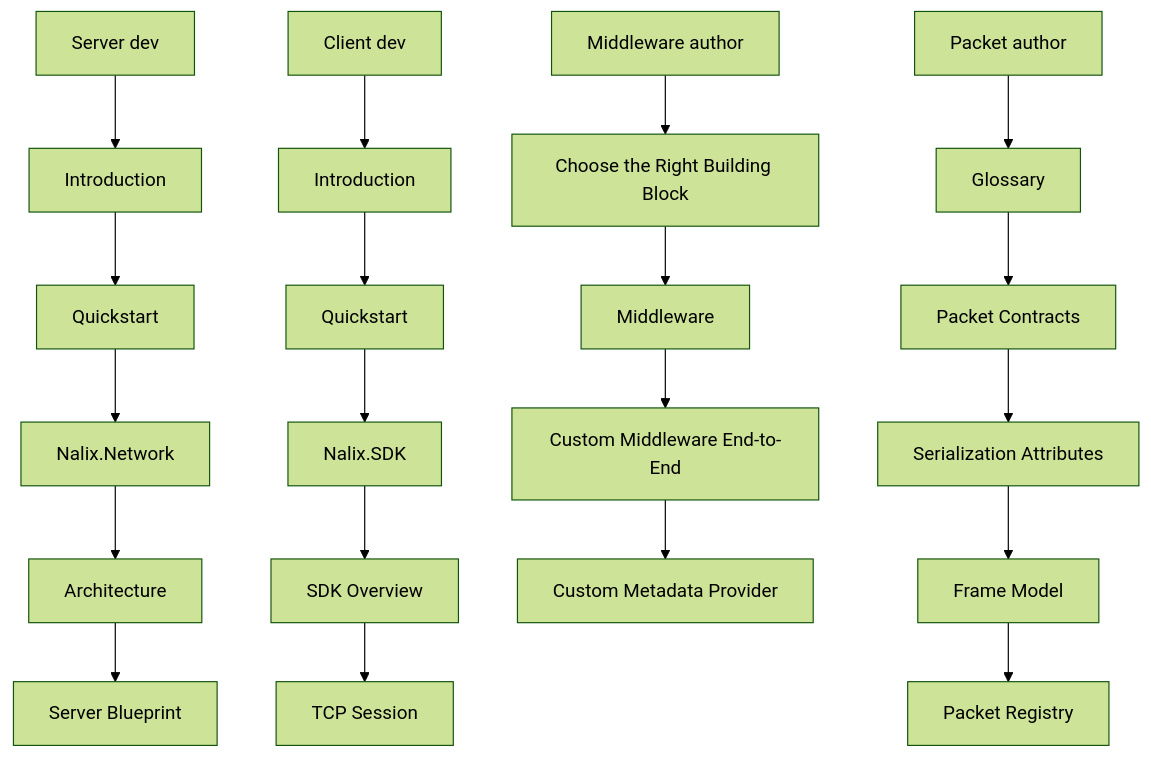
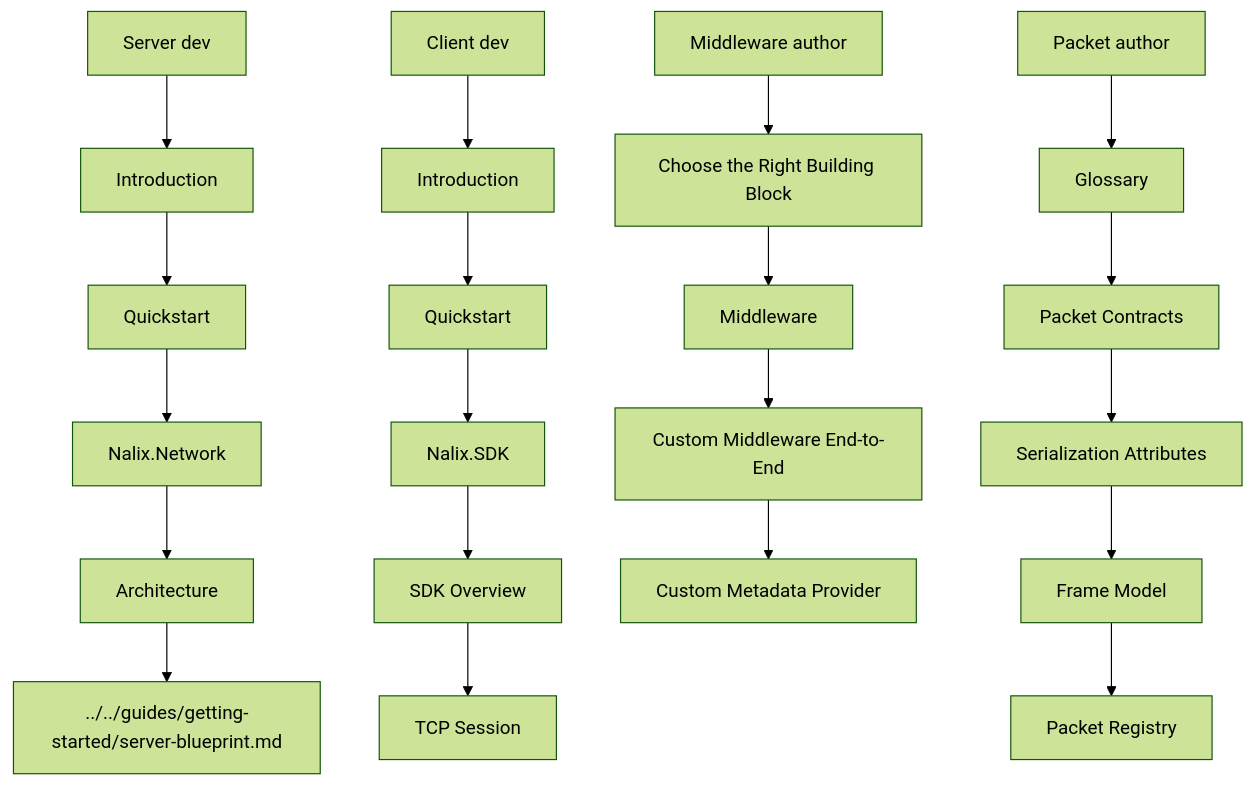
The second of 2 diagrams in docs/concepts/runtime/building-blocks.md (ppn-systems/Nalix), drawn with Mermaid (forest theme) before and after one commit. The commit also changed other lines of this file and 60 other files, not shown here.

````diff
--- a/docs/concepts/runtime/building-blocks.md
+++ b/docs/concepts/runtime/building-blocks.md
@@ -121,25 +121,25 @@
 ```mermaid
 flowchart TD
     Server["Server dev"] --> Server1["Introduction"]
     Server1 --> Server2["Quickstart"]
     Server2 --> Server3["Nalix.Network"]
     Server3 --> Server4["Architecture"]
-    Server4 --> Server5["Server Blueprint"]
+    Server4 --> Server5["../../guides/getting-started/server-blueprint.md"]
 
     Client["Client dev"] --> Client1["Introduction"]
     Client1 --> Client2["Quickstart"]
     Client2 --> Client3["Nalix.SDK"]
     Client3 --> Client4["SDK Overview"]
     Client4 --> Client5["TCP Session"]
 
     Middleware["Middleware author"] --> Middleware1["Choose the Right Building Block"]
     Middleware1 --> Middleware2["Middleware"]
     Middleware2 --> Middleware3["Custom Middleware End-to-End"]
     Middleware3 --> Middleware4["Custom Metadata Provider"]
 
     Packet["Packet author"] --> Packet1["Glossary"]
     Packet1 --> Packet2["Packet Contracts"]
     Packet2 --> Packet3["Serialization Attributes"]
     Packet3 --> Packet4["Frame Model"]
     Packet4 --> Packet5["Packet Registry"]
 ```
````
